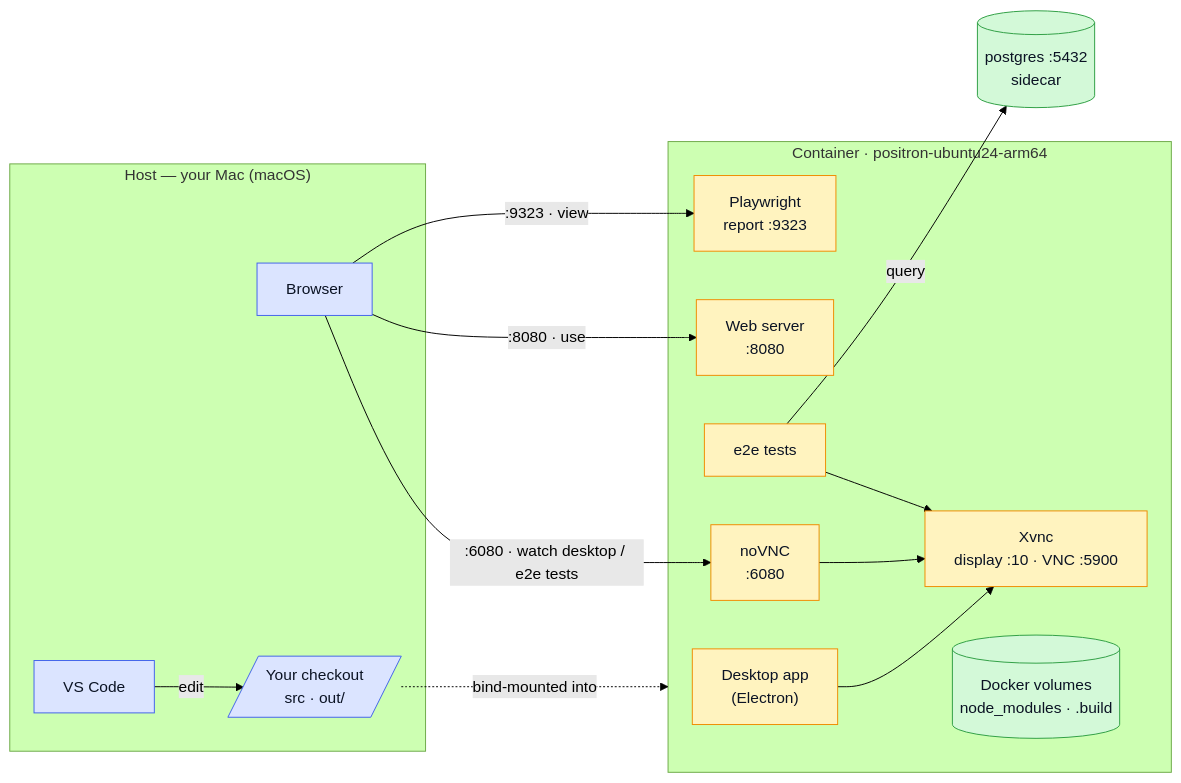
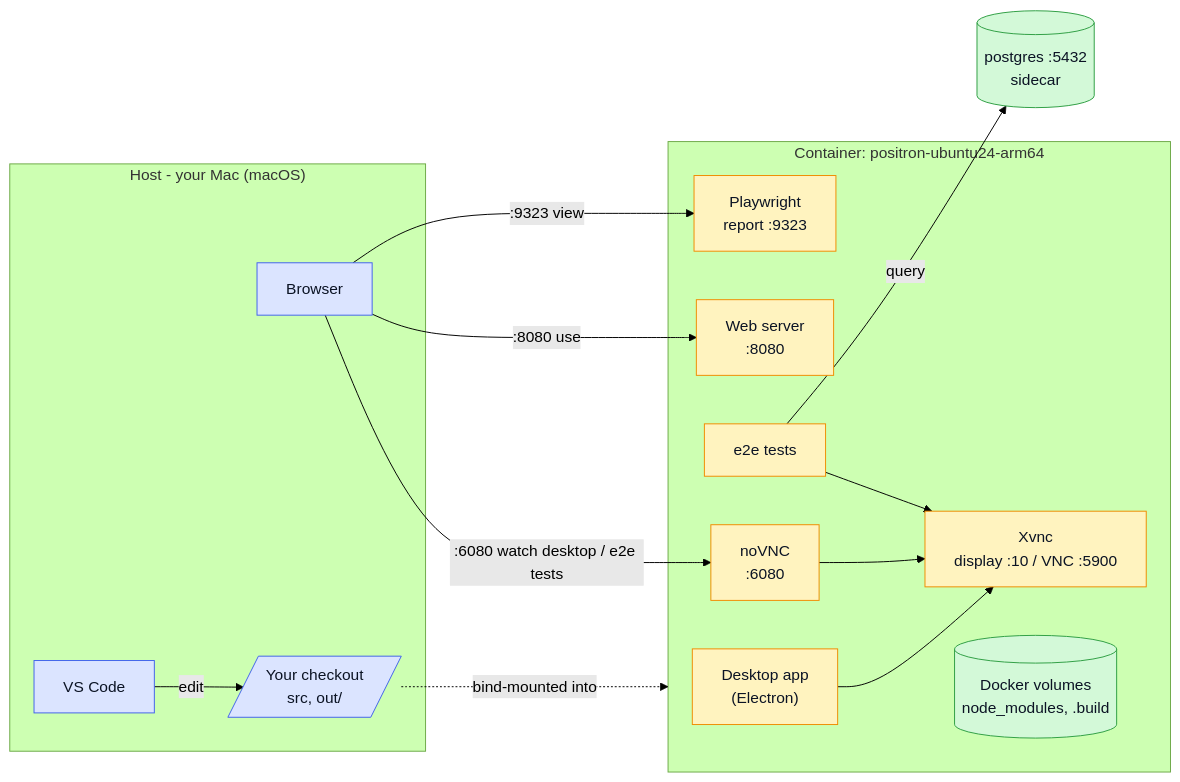
The diagram in .devcontainer/ci-arm/README.md (posit-dev/positron), drawn with Mermaid (forest theme) before and after one commit. The commit also changed other lines of this file, not shown here.

First line of the commit message:
ci-arm: purge non-ASCII punctuation from README

````diff
--- a/.devcontainer/ci-arm/README.md
+++ b/.devcontainer/ci-arm/README.md
@@ -133,36 +133,36 @@
 ```mermaid
 flowchart LR
-    subgraph host["Host — your Mac (macOS)"]
+    subgraph host["Host - your Mac (macOS)"]
         code["VS Code"]
         web["Browser"]
-        src[/"Your checkout<br/>src · out/"/]
+        src[/"Your checkout<br/>src, out/"/]
     end
-    subgraph ctr["Container · positron-ubuntu24-arm64"]
+    subgraph ctr["Container: positron-ubuntu24-arm64"]
         desk["Desktop app<br/>(Electron)"]
         srv["Web server<br/>:8080"]
         e2e["e2e tests"]
         nov["noVNC<br/>:6080"]
-        xvnc["Xvnc<br/>display :10 · VNC :5900"]
+        xvnc["Xvnc<br/>display :10 / VNC :5900"]
         rep["Playwright<br/>report :9323"]
-        vols[("Docker volumes<br/>node_modules · .build")]
+        vols[("Docker volumes<br/>node_modules, .build")]
     end
     pg[("postgres :5432<br/>sidecar")]
 
     code -->|edit| src
     src -. bind-mounted into .-> ctr
     desk --> xvnc
     e2e --> xvnc
     nov --> xvnc
-    web -->|":6080 · watch desktop / e2e tests"| nov
-    web -->|":8080 · use"| srv
-    web -->|":9323 · view"| rep
+    web -->|":6080 watch desktop / e2e tests"| nov
+    web -->|":8080 use"| srv
+    web -->|":9323 view"| rep
     e2e -->|query| pg
 
     classDef hostcls fill:#dbe4ff,stroke:#4263eb,color:#0b1324
     classDef contcls fill:#fff3bf,stroke:#f08c00,color:#0b1324
     classDef storcls fill:#d3f9d8,stroke:#2f9e44,color:#0b1324
     class code,web hostcls
     class desk,srv,e2e,nov,xvnc,rep contcls
     class src hostcls
     class vols,pg storcls
 ```
````
